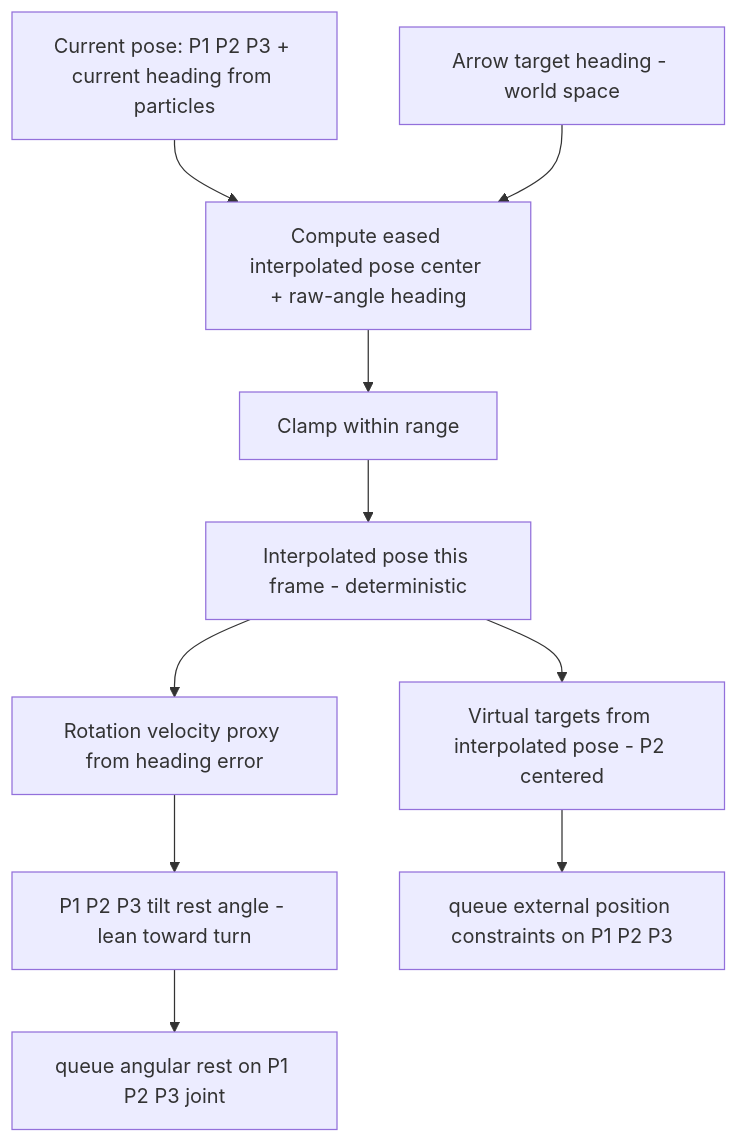
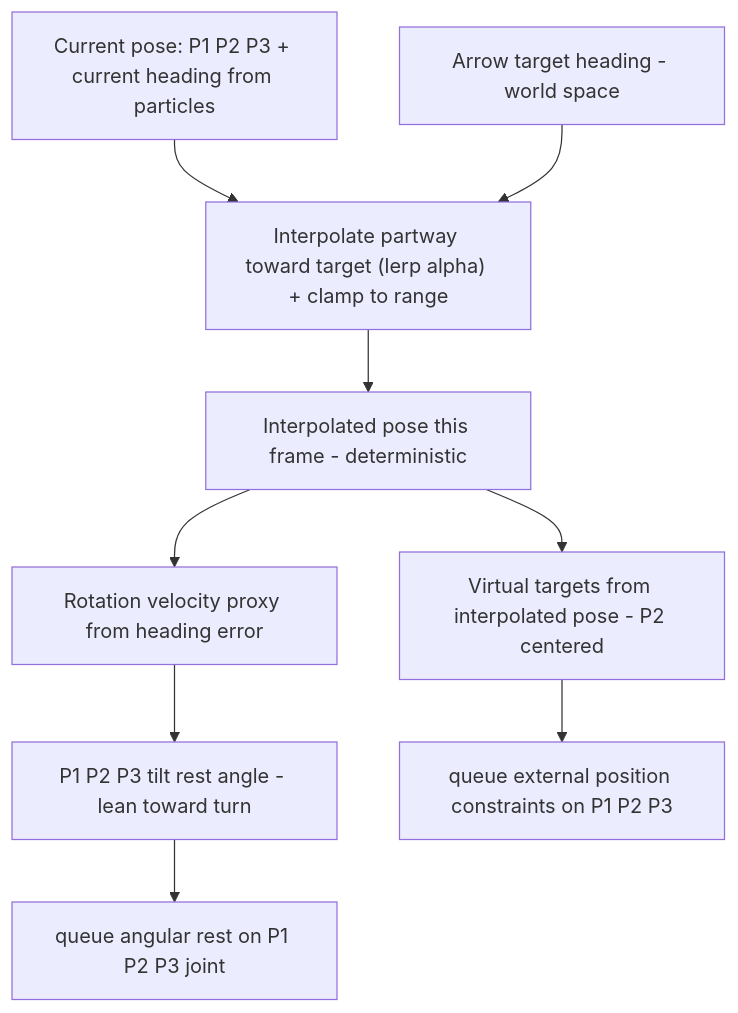
The diagram in plans/procedural_spine_targeting.md (AlienSmith/bevy_vello), drawn with Mermaid before and after one commit. The commit also changed other lines of this file, not shown here.

Commit message:
resolve interpolation/damping mechanism (max-speed clamp, frozen target on release)

````diff
--- a/plans/procedural_spine_targeting.md
+++ b/plans/procedural_spine_targeting.md
@@ -36,12 +36,11 @@
 ```mermaid
 flowchart TD
   A[Current pose: P1 P2 P3 + current heading from particles] --> E
   B[Arrow target heading - world space] --> E
-  E["Compute eased interpolated pose center + raw-angle heading"] --> F[Clamp within range]
-  F --> D[Interpolated pose this frame - deterministic]
+  E["Interpolate partway toward target (lerp alpha) + clamp to range"] --> D[Interpolated pose this frame - deterministic]
   D --> G["Rotation velocity proxy from heading error"]
   G --> H["P1 P2 P3 tilt rest angle - lean toward turn"]
   D --> I["Virtual targets from interpolated pose - P2 centered"]
   H --> J["queue angular rest on P1 P2 P3 joint"]
   I --> K["queue external position constraints on P1 P2 P3"]
 ```
````
